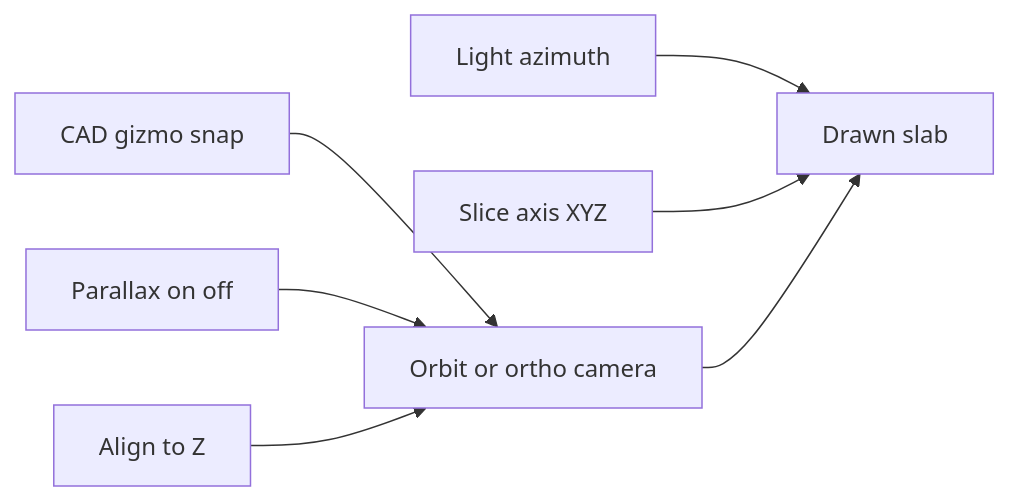
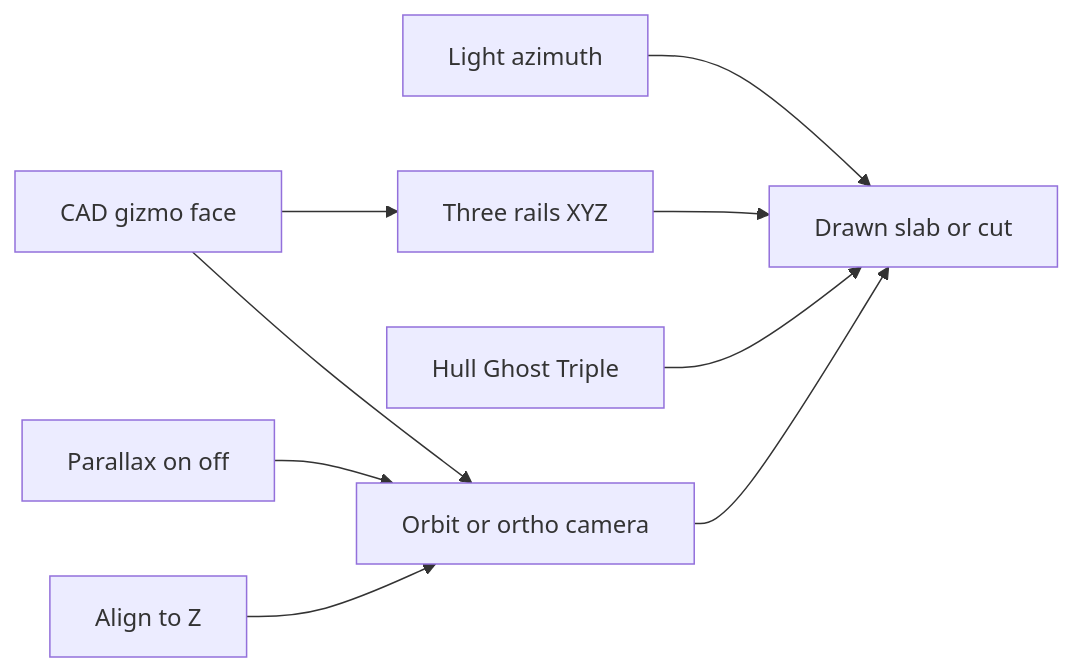
Diagram 18 of 27 in architecture.md (PiMaV/DONNER), drawn with Mermaid before and after one commit. The commit also changed other lines of this file and 27 other files, not shown here.

````diff
--- a/architecture.md
+++ b/architecture.md
@@ -395,16 +445,19 @@
 ```mermaid
 flowchart LR
-  gizmo[CAD gizmo snap]
+  gizmo[CAD gizmo face]
   para[Parallax on off]
   align[Align to Z]
   light[Light azimuth]
-  slice[Slice axis XYZ]
+  slice[Three rails XYZ]
+  shade[Hull Ghost Triple]
   cam[Orbit or ortho camera]
-  vol[Drawn slab]
+  vol[Drawn slab or cut]
   gizmo --> cam
+  gizmo --> slice
   para --> cam
   align --> cam
   light --> vol
   slice --> vol
+  shade --> vol
   cam --> vol
 ```
````
